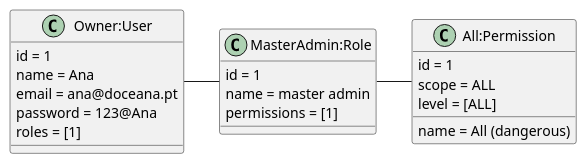
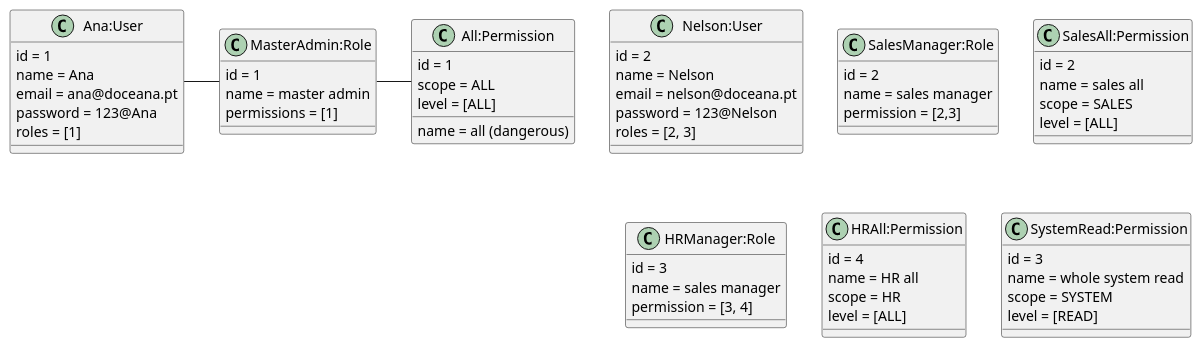
One commit to ines-erp/knowledgebase changed the diagram in Diagrams/2 - Classes/UserCreationInstance.puml. Above: the diagram before and after it, drawn with PlantUML.

Commit message:
Adding some classes to employee

```diff
--- a/Diagrams/2 - Classes/UserCreationInstance.puml
+++ b/Diagrams/2 - Classes/UserCreationInstance.puml
@@ -1,27 +1,83 @@
 @startuml
 
-class Owner:User {
+class Ana:User {
     id = 1
     name = Ana
     email = ana@doceana.pt
     password = 123@Ana
     roles = [1]
 }
 
 class MasterAdmin:Role{
     id = 1
     name = master admin
     permissions = [1]
 }
 
 class All:Permission{
     id = 1
-    name = All (dangerous)
+    name = all (dangerous)
     scope = ALL
     level = [ALL]
 }
 
-"Owner:User" - "MasterAdmin:Role"
+"Ana:User" - "MasterAdmin:Role"
 "MasterAdmin:Role" - "All:Permission"
 
+
+class Nelson:User{
+    id = 2
+    name = Nelson
+    email = nelson@doceana.pt
+    password = 123@Nelson
+    roles = [2, 3]
+}
+
+class SalesManager:Role{
+    id = 2
+    name = sales manager
+    permission = [2,3]
+}
+
+class SalesAll:Permission{
+    id = 2
+    name = sales all
+    scope = SALES
+    level = [ALL]
+}
+
+class HRManager:Role{
+    id = 3
+    name = sales manager
+    permission = [3, 4]
+}
+
+class HRAll:Permission{
+    id = 4
+    name = HR all
+    scope = HR
+    level = [ALL]
+}
+
+class SystemRead:Permission {
+    id = 3
+    name = whole system read
+    scope = SYSTEM
+    level = [READ]
+}
+
+'class SalesEmployee:Role{
+'    id =
+'    name = employee
+'    permissions = []
+'}
+
+'class HRManager:Role{
+'id = 3
+'name = HR manager
+'permission = []
+'}
+'
+'class All:Permission{
+'}
 @enduml
```
